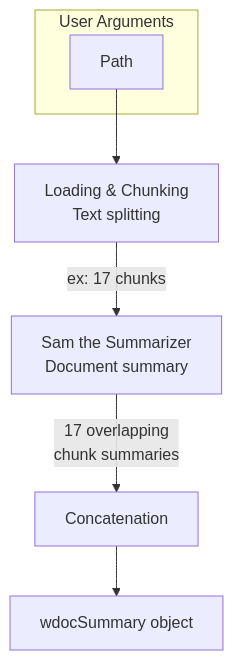
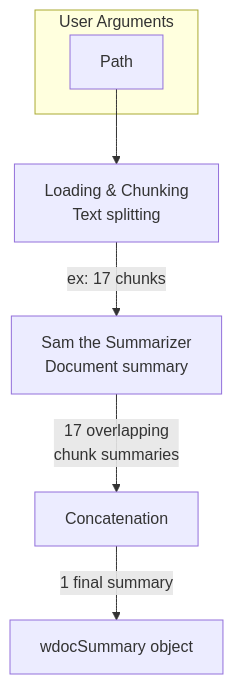
The diagram in images/diagram_summary.mmd (thiswillbeyourgithub/wdoc), drawn with Mermaid before and after one commit. The commit also changed 1 other file, not shown here.

Commit message:
docs: rename TopK to "Top K" and update summary diagram arrow label

```diff
--- a/images/diagram_summary.mmd
+++ b/images/diagram_summary.mmd
@@ -1,16 +1,16 @@
 flowchart TD
     subgraph Inputs["User Arguments"]
         Path["Path"]
     end
 
     Chunker["Loading & Chunking<br/>Text splitting"]
 
     Path --> Chunker
 
     SummaryOutput["wdocSummary object"]
 
     Sam["Sam the Summarizer<br/>Document summary"]
     Concatenation["Concatenation"]
     Chunker -->|ex: 17 chunks| Sam
     Sam -->|17 overlapping<br/>chunk summaries| Concatenation
-    Concatenation --> SummaryOutput
+    Concatenation -->|1 final summary| SummaryOutput
```
